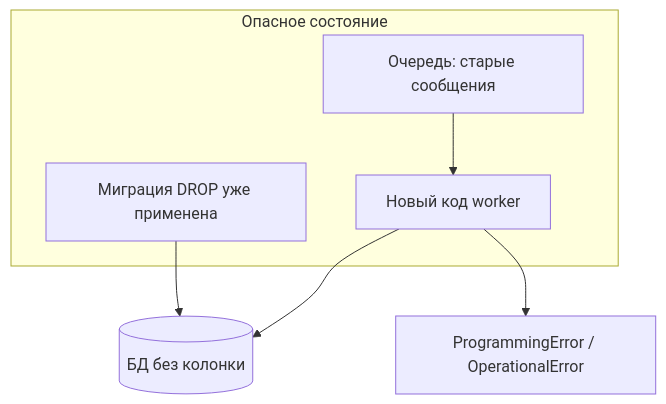
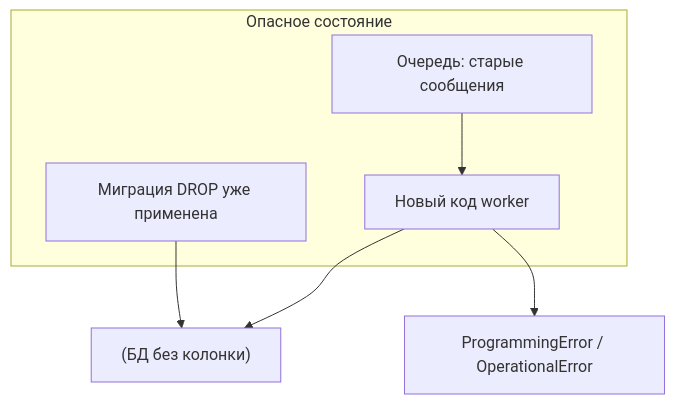
Before and after one commit to DDoSKudya/ai-study-atlas: the fourth of 4 diagrams in directions/services/celery/pact/18_integraciya_s_django/15_18_18_6_migratsii_django_i_celery.md, drawn with Mermaid. The commit also changed other lines of this file and 322 other files, not shown here.

Commit message:
fix(docs): make mermaid diagrams GitHub-compatible across directions content

````diff
--- a/directions/services/celery/pact/18_integraciya_s_django/15_18_18_6_migratsii_django_i_celery.md
+++ b/directions/services/celery/pact/18_integraciya_s_django/15_18_18_6_migratsii_django_i_celery.md
@@ -222,12 +222,12 @@
 ```mermaid
 flowchart TB
   subgraph problem["Опасное состояние"]
-    M[Миграция DROP уже применена]
-    Q[Очередь: старые сообщения]
-    W[Новый код worker]
+    M["Миграция DROP уже применена"]
+    Q["Очередь: старые сообщения"]
+    W["Новый код worker"]
   end
-  M --> DB[(БД без колонки)]
+  M --> DB["(БД без колонки)"]
   Q --> W
   W --> DB
-  W --> X[ProgrammingError / OperationalError]
+  W --> X["ProgrammingError / OperationalError"]
 ```
````
